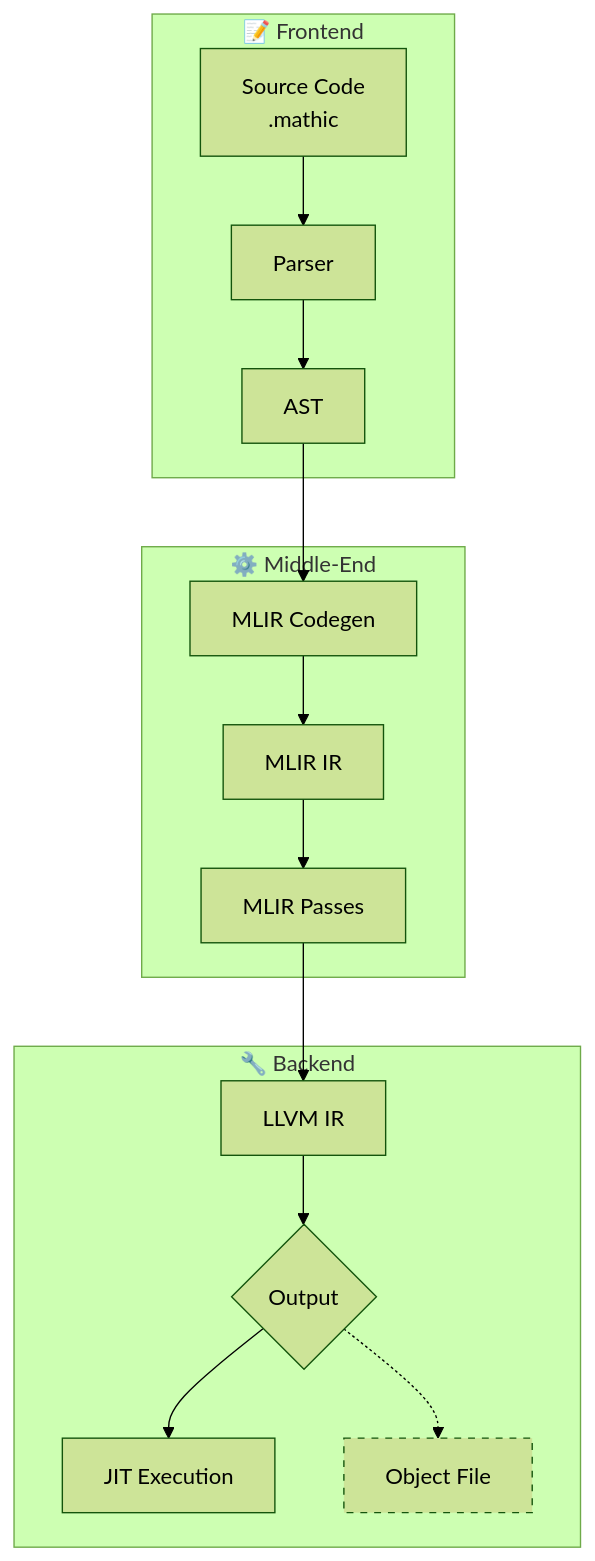
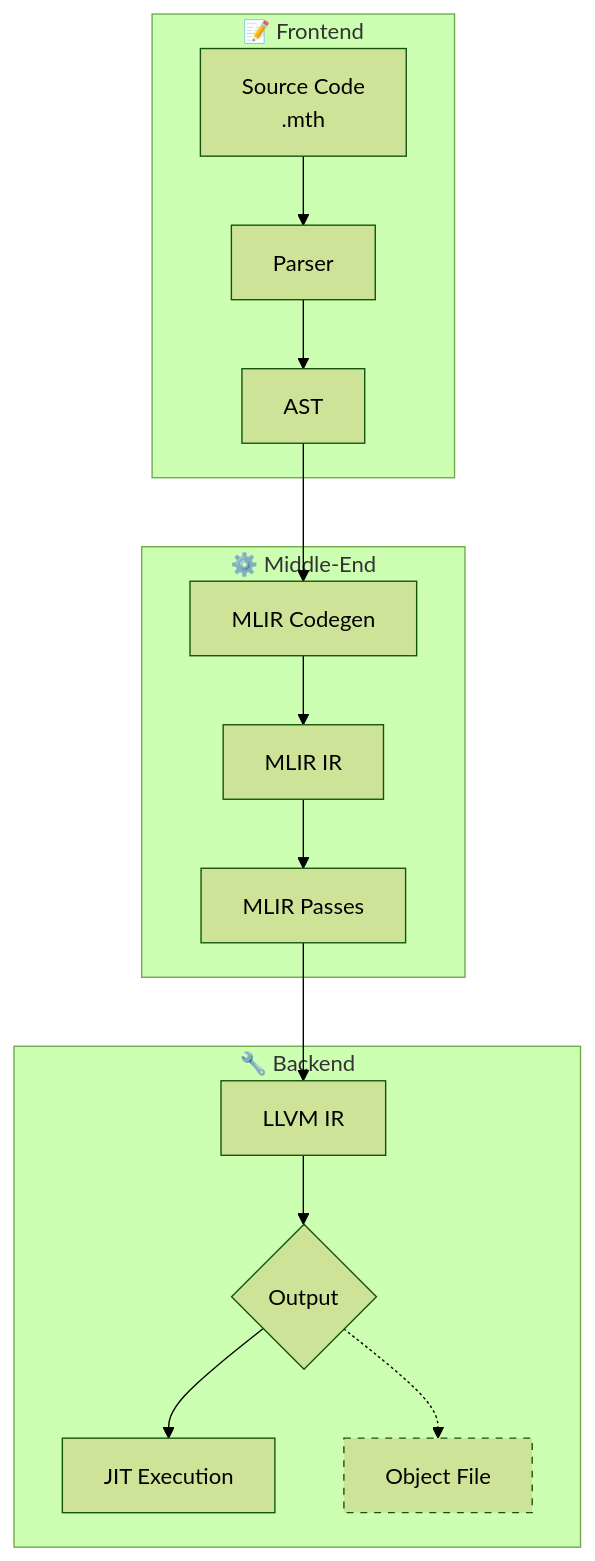
One commit to FrancoGiachetta/mathic changed the diagram in README.md. Above: the diagram before and after it, drawn with Mermaid (forest theme). The commit also changed other lines of this file, not shown here.

````diff
--- a/README.md
+++ b/README.md
@@ -100,23 +116,23 @@
 ```mermaid
 flowchart TD
     subgraph Frontend["📝 Frontend"]
-        Source[Source Code<br/>.mathic]
+        Source[Source Code<br/>.mth]
         Source --> Parser[Parser]
         Parser --> AST[AST]
     end
     
     subgraph MiddleEnd["⚙️ Middle-End"]
         AST --> Codegen[MLIR Codegen]
         Codegen --> MLIR[MLIR IR]
         MLIR --> Passes[MLIR Passes]
     end
     
     subgraph Backend["🔧 Backend"]
         Passes --> LLVM[LLVM IR]
         LLVM --> Output{Output}
         Output --> JIT[JIT Execution]
         Output -.-> OBJ[Object File]
     end
     
     style OBJ stroke-dasharray: 5 5
 ```
````
